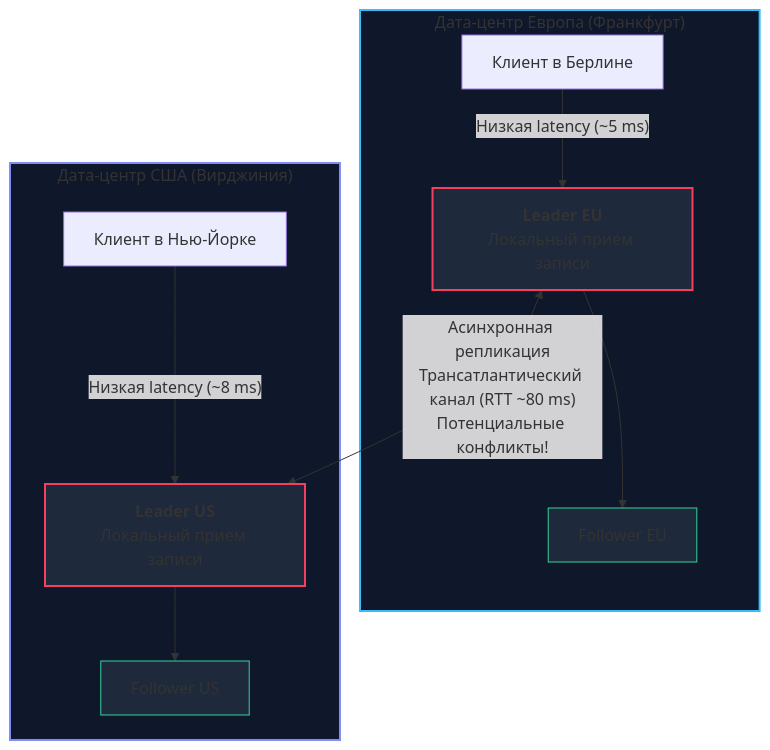
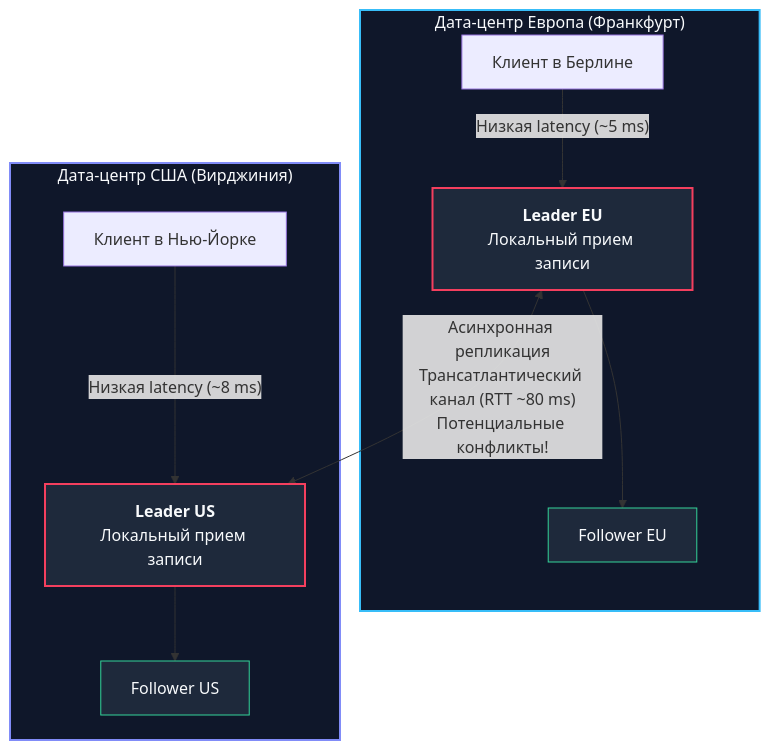
The first of 2 diagrams in sources/12. Базы данных/08. Распределенные базы данных/3. Multi Leader.md (UnrealTemplier/go-textbook), drawn with Mermaid before and after one commit. The commit also changed other lines of this file and 310 other files, not shown here.

First line of the commit message:
fix(mermaid): replace light fill colors with dark palette for readability on dark theme

````diff
--- a/sources/12. Базы данных/08. Распределенные базы данных/3. Multi Leader.md
+++ b/sources/12. Базы данных/08. Распределенные базы данных/3. Multi Leader.md
@@ -21,29 +21,29 @@
 ```mermaid
 flowchart TD
     subgraph DC_EU ["Дата-центр Европа (Франкфурт)"]
         LEU["<b>Leader EU</b><br>Локальный прием записи"]
         FEU["Follower EU"]
         ClientEU["Клиент в Берлине"]
     end
 
     subgraph DC_US ["Дата-центр США (Вирджиния)"]
         LUS["<b>Leader US</b><br>Локальный прием записи"]
         FUS["Follower US"]
         ClientUS["Клиент в Нью-Йорке"]
     end
 
     ClientEU -->|"Низкая latency (~5 ms)"| LEU
     ClientUS -->|"Низкая latency (~8 ms)"| LUS
 
     LEU <-->|"Асинхронная репликация<br>Трансатлантический канал (RTT ~80 ms)<br>Потенциальные конфликты!"| LUS
     
     LEU --> FEU
     LUS --> FUS
 
-    style DC_EU fill:#0f172a,stroke:#38bdf8,stroke-width:2px
-    style DC_US fill:#0f172a,stroke:#818cf8,stroke-width:2px
-    style LEU fill:#1e293b,stroke:#f43f5e,stroke-width:2px
-    style LUS fill:#1e293b,stroke:#f43f5e,stroke-width:2px
-    style FEU fill:#1e293b,stroke:#34d399,stroke-width:1px
-    style FUS fill:#1e293b,stroke:#34d399,stroke-width:1px
+    style DC_EU fill:#0f172a,stroke:#38bdf8,stroke-width:2px,color:#f8fafc
+    style DC_US fill:#0f172a,stroke:#818cf8,stroke-width:2px,color:#f8fafc
+    style LEU fill:#1e293b,stroke:#f43f5e,stroke-width:2px,color:#f8fafc
+    style LUS fill:#1e293b,stroke:#f43f5e,stroke-width:2px,color:#f8fafc
+    style FEU fill:#1e293b,stroke:#34d399,stroke-width:1px,color:#f8fafc
+    style FUS fill:#1e293b,stroke:#34d399,stroke-width:1px,color:#f8fafc
 ```
````
